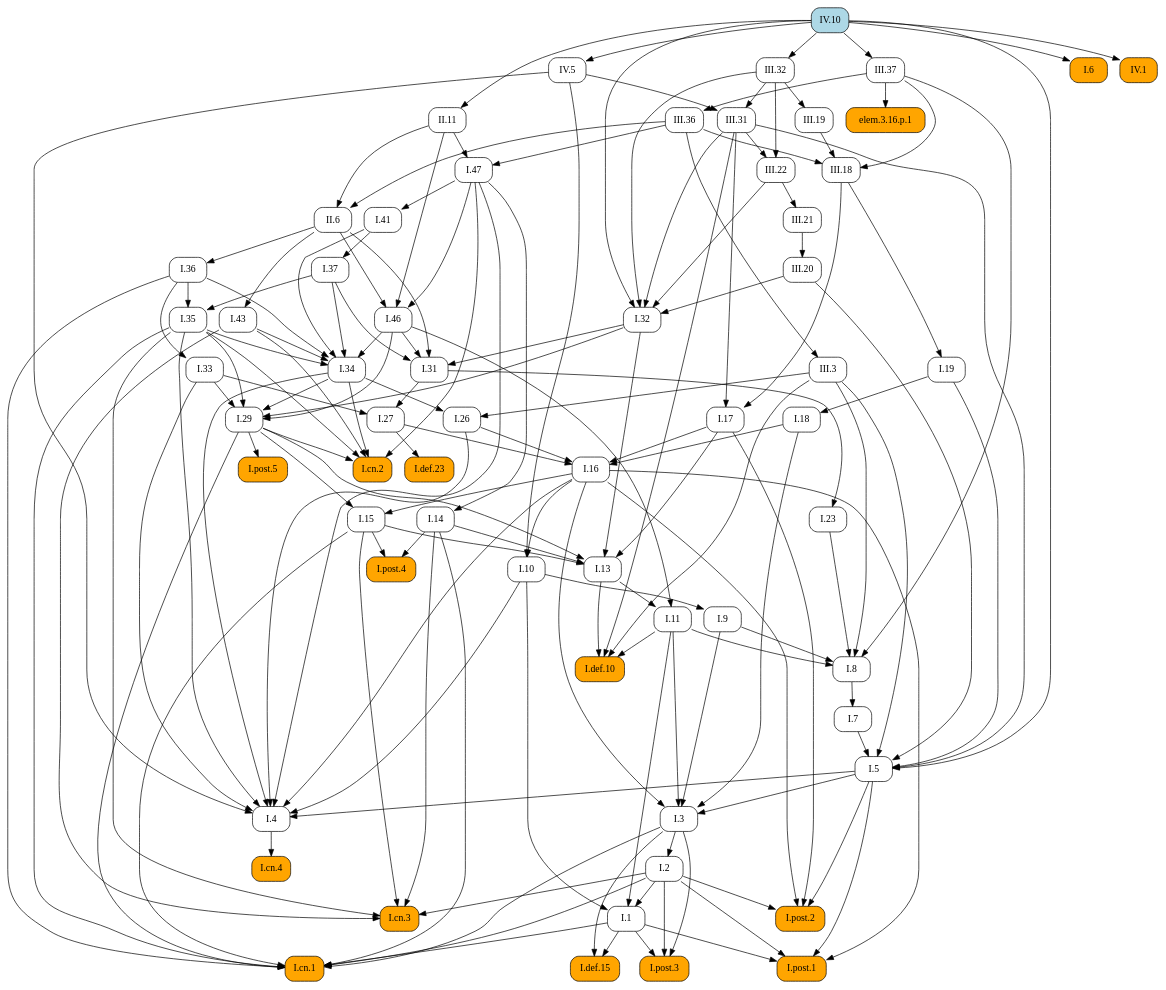
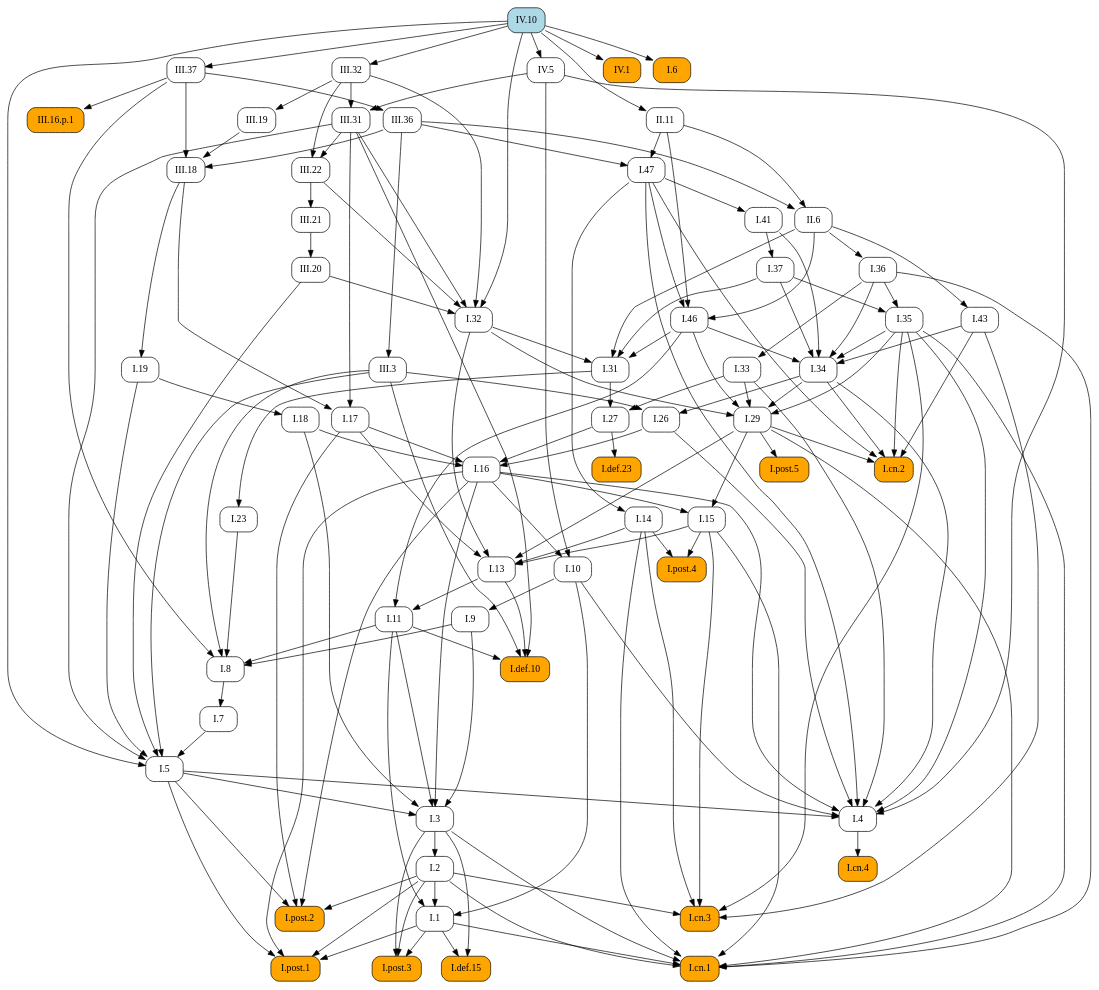
The diagram in docsrc/heath/IV/10/index.rst (geometor/elements), drawn with Graphviz before and after one commit. The commit also changed 484 other files, not shown here.

```diff
--- a/docsrc/heath/IV/10/index.rst
+++ b/docsrc/heath/IV/10/index.rst
@@ -76,103 +76,121 @@
    digraph {
      rankdir="TB";
      node [shape=box, style=rounded];
+     "I.23" [URL="/heath/I/23/", target="_top"];
+     "I.9" [URL="/heath/I/9/", target="_top"];
+     "I.33" [URL="/heath/I/33/", target="_top"];
+     "I.32" [URL="/heath/I/32/", target="_top"];
+     "III.16.p.1" [style="rounded,filled", fillcolor=orange];
+     "IV.1" [style="rounded,filled", fillcolor=orange, URL="/heath/IV/1/", target="_top"];
+     "I.def.15" [style="rounded,filled", fillcolor=orange, URL="/heath/I/def.15/", target="_top"];
+     "I.47" [URL="/heath/I/47/", target="_top"];
+     "II.6" [URL="/heath/II/6/", target="_top"];
+     "I.post.3" [style="rounded,filled", fillcolor=orange, URL="/heath/I/post.3/", target="_top"];
+     "I.post.1" [style="rounded,filled", fillcolor=orange, URL="/heath/I/post.1/", target="_top"];
+     "I.19" [URL="/heath/I/19/", target="_top"];
+     "III.20" [URL="/heath/III/20/", target="_top"];
+     "I.43" [URL="/heath/I/43/", target="_top"];
+     "III.19" [URL="/heath/III/19/", target="_top"];
+     "I.31" [URL="/heath/I/31/", target="_top"];
+     "III.22" [URL="/heath/III/22/", target="_top"];
      "I.def.10" [style="rounded,filled", fillcolor=orange, URL="/heath/I/def.10/", target="_top"];
+     "I.18" [URL="/heath/I/18/", target="_top"];
+     "I.27" [URL="/heath/I/27/", target="_top"];
+     "I.14" [URL="/heath/I/14/", target="_top"];
+     "I.34" [URL="/heath/I/34/", target="_top"];
+     "I.3" [URL="/heath/I/3/", target="_top"];
+     "I.35" [URL="/heath/I/35/", target="_top"];
+     "I.cn.1" [style="rounded,filled", fillcolor=orange, URL="/heath/I/cn.1/", target="_top"];
+     "III.18" [URL="/heath/III/18/", target="_top"];
+     "III.37" [URL="/heath/III/37/", target="_top"];
+     "I.7" [URL="/heath/I/7/", target="_top"];
+     "III.32" [URL="/heath/III/32/", target="_top"];
+     "I.2" [URL="/heath/I/2/", target="_top"];
+     "III.36" [URL="/heath/III/36/", target="_top"];
+     "I.36" [URL="/heath/I/36/", target="_top"];
+     "IV.10" [style="rounded,filled", fillcolor=lightblue, URL="/heath/IV/10/", target="_top"];
+     "I.13" [URL="/heath/I/13/", target="_top"];
+     "I.post.4" [style="rounded,filled", fillcolor=orange, URL="/heath/I/post.4/", target="_top"];
+     "I.4" [URL="/heath/I/4/", target="_top"];
+     "I.1" [URL="/heath/I/1/", target="_top"];
+     "I.5" [URL="/heath/I/5/", target="_top"];
+     "I.8" [URL="/heath/I/8/", target="_top"];
+     "I.17" [URL="/heath/I/17/", target="_top"];
+     "III.3" [URL="/heath/III/3/", target="_top"];
+     "I.37" [URL="/heath/I/37/", target="_top"];
+     "I.29" [URL="/heath/I/29/", target="_top"];
+     "I.cn.3" [style="rounded,filled", fillcolor=orange, URL="/heath/I/cn.3/", target="_top"];
+     "I.16" [URL="/heath/I/16/", target="_top"];
+     "III.31" [URL="/heath/III/31/", target="_top"];
+     "I.15" [URL="/heath/I/15/", target="_top"];
+     "I.10" [URL="/heath/I/10/", target="_top"];
+     "II.11" [URL="/heath/II/11/", target="_top"];
      "I.11" [URL="/heath/I/11/", target="_top"];
-     "I.post.4" [style="rounded,filled", fillcolor=orange, URL="/heath/I/post.4/", target="_top"];
-     "I.1" [URL="/heath/I/1/", target="_top"];
+     "I.def.23" [style="rounded,filled", fillcolor=orange, URL="/heath/I/def.23/", target="_top"];
+     "I.cn.2" [style="rounded,filled", fillcolor=orange, URL="/heath/I/cn.2/", target="_top"];
+     "I.post.5" [style="rounded,filled", fillcolor=orange, URL="/heath/I/post.5/", target="_top"];
+     "I.cn.4" [style="rounded,filled", fillcolor=orange, URL="/heath/I/cn.4/", target="_top"];
+     "IV.5" [URL="/heath/IV/5/", target="_top"];
+     "I.post.2" [style="rounded,filled", fillcolor=orange, URL="/heath/I/post.2/", target="_top"];
+     "I.41" [URL="/heath/I/41/", target="_top"];
+     "III.21" [URL="/heath/III/21/", target="_top"];
+     "I.46" [URL="/heath/I/46/", target="_top"];
      "I.26" [URL="/heath/I/26/", target="_top"];
-     "III.32" [URL="/heath/III/32/", target="_top"];
-     "I.29" [URL="/heath/I/29/", target="_top"];
-     "III.20" [URL="/heath/III/20/", target="_top"];
-     "III.19" [URL="/heath/III/19/", target="_top"];
-     "III.31" [URL="/heath/III/31/", target="_top"];
-     "I.cn.2" [style="rounded,filled", fillcolor=orange, URL="/heath/I/cn.2/", target="_top"];
-     "I.18" [URL="/heath/I/18/", target="_top"];
-     "I.47" [URL="/heath/I/47/", target="_top"];
-     "I.def.15" [style="rounded,filled", fillcolor=orange, URL="/heath/I/def.15/", target="_top"];
-     "I.post.3" [style="rounded,filled", fillcolor=orange, URL="/heath/I/post.3/", target="_top"];
-     "I.cn.1" [style="rounded,filled", fillcolor=orange, URL="/heath/I/cn.1/", target="_top"];
-     "I.cn.3" [style="rounded,filled", fillcolor=orange, URL="/heath/I/cn.3/", target="_top"];
-     "III.36" [URL="/heath/III/36/", target="_top"];
-     "I.14" [URL="/heath/I/14/", target="_top"];
-     "I.23" [URL="/heath/I/23/", target="_top"];
-     "IV.10" [style="rounded,filled", fillcolor=lightblue, URL="/heath/IV/10/", target="_top"];
-     "I.43" [URL="/heath/I/43/", target="_top"];
-     "elem.3.16.p.1" [style="rounded,filled", fillcolor=orange];
-     "I.post.1" [style="rounded,filled", fillcolor=orange, URL="/heath/I/post.1/", target="_top"];
-     "I.35" [URL="/heath/I/35/", target="_top"];
-     "I.41" [URL="/heath/I/41/", target="_top"];
-     "I.27" [URL="/heath/I/27/", target="_top"];
-     "I.46" [URL="/heath/I/46/", target="_top"];
-     "I.36" [URL="/heath/I/36/", target="_top"];
-     "I.7" [URL="/heath/I/7/", target="_top"];
      "I.6" [style="rounded,filled", fillcolor=orange, URL="/heath/I/6/", target="_top"];
-     "I.3" [URL="/heath/I/3/", target="_top"];
-     "I.34" [URL="/heath/I/34/", target="_top"];
-     "I.37" [URL="/heath/I/37/", target="_top"];
-     "I.2" [URL="/heath/I/2/", target="_top"];
-     "I.4" [URL="/heath/I/4/", target="_top"];
-     "I.def.23" [style="rounded,filled", fillcolor=orange, URL="/heath/I/def.23/", target="_top"];
-     "II.6" [URL="/heath/II/6/", target="_top"];
-     "I.13" [URL="/heath/I/13/", target="_top"];
-     "IV.1" [style="rounded,filled", fillcolor=orange, URL="/heath/IV/1/", target="_top"];
-     "I.17" [URL="/heath/I/17/", target="_top"];
-     "I.33" [URL="/heath/I/33/", target="_top"];
-     "I.post.2" [style="rounded,filled", fillcolor=orange, URL="/heath/I/post.2/", target="_top"];
-     "I.31" [URL="/heath/I/31/", target="_top"];
-     "I.16" [URL="/heath/I/16/", target="_top"];
-     "II.11" [URL="/heath/II/11/", target="_top"];
-     "IV.5" [URL="/heath/IV/5/", target="_top"];
-     "I.19" [URL="/heath/I/19/", target="_top"];
-     "III.3" [URL="/heath/III/3/", target="_top"];
-     "I.9" [URL="/heath/I/9/", target="_top"];
-     "I.32" [URL="/heath/I/32/", target="_top"];
-     "III.37" [URL="/heath/III/37/", target="_top"];
-     "I.8" [URL="/heath/I/8/", target="_top"];
-     "I.cn.4" [style="rounded,filled", fillcolor=orange, URL="/heath/I/cn.4/", target="_top"];
-     "I.15" [URL="/heath/I/15/", target="_top"];
-     "III.21" [URL="/heath/III/21/", target="_top"];
-     "III.22" [URL="/heath/III/22/", target="_top"];
-     "I.post.5" [style="rounded,filled", fillcolor=orange, URL="/heath/I/post.5/", target="_top"];
-     "I.10" [URL="/heath/I/10/", target="_top"];
-     "III.18" [URL="/heath/III/18/", target="_top"];
-     "I.5" [URL="/heath/I/5/", target="_top"];
+     "I.31" -> "I.23";
+     "I.10" -> "I.9";
+     "I.36" -> "I.33";
+     "III.20" -> "I.32";
+     "III.22" -> "I.32";
+     "III.31" -> "I.32";
+     "III.32" -> "I.32";
+     "IV.10" -> "I.32";
+     "III.37" -> "III.16.p.1";
+     "IV.10" -> "IV.1";
+     "I.1" -> "I.def.15";
+     "I.3" -> "I.def.15";
+     "II.11" -> "I.47";
+     "III.36" -> "I.47";
+     "II.11" -> "II.6";
+     "III.36" -> "II.6";
+     "I.1" -> "I.post.3";
+     "I.2" -> "I.post.3";
+     "I.3" -> "I.post.3";
+     "I.1" -> "I.post.1";
+     "I.2" -> "I.post.1";
+     "I.5" -> "I.post.1";
+     "I.16" -> "I.post.1";
+     "III.18" -> "I.19";
+     "III.21" -> "III.20";
+     "II.6" -> "I.43";
+     "III.32" -> "III.19";
+     "I.32" -> "I.31";
+     "I.37" -> "I.31";
+     "I.46" -> "I.31";
+     "II.6" -> "I.31";
+     "III.31" -> "III.22";
+     "III.32" -> "III.22";
      "I.11" -> "I.def.10";
      "I.13" -> "I.def.10";
      "III.3" -> "I.def.10";
      "III.31" -> "I.def.10";
-     "I.13" -> "I.11";
-     "I.46" -> "I.11";
-     "I.14" -> "I.post.4";
-     "I.15" -> "I.post.4";
-     "I.2" -> "I.1";
-     "I.10" -> "I.1";
-     "I.11" -> "I.1";
-     "I.34" -> "I.26";
-     "III.3" -> "I.26";
-     "IV.10" -> "III.32";
-     "I.32" -> "I.29";
-     "I.33" -> "I.29";
-     "I.34" -> "I.29";
-     "I.35" -> "I.29";
-     "I.46" -> "I.29";
-     "III.21" -> "III.20";
-     "III.32" -> "III.19";
-     "III.32" -> "III.31";
-     "IV.5" -> "III.31";
-     "I.29" -> "I.cn.2";
-     "I.34" -> "I.cn.2";
-     "I.35" -> "I.cn.2";
-     "I.43" -> "I.cn.2";
-     "I.47" -> "I.cn.2";
      "I.19" -> "I.18";
-     "II.11" -> "I.47";
-     "III.36" -> "I.47";
-     "I.1" -> "I.def.15";
-     "I.3" -> "I.def.15";
-     "I.1" -> "I.post.3";
-     "I.2" -> "I.post.3";
-     "I.3" -> "I.post.3";
+     "I.31" -> "I.27";
+     "I.33" -> "I.27";
+     "I.47" -> "I.14";
+     "I.35" -> "I.34";
+     "I.36" -> "I.34";
+     "I.37" -> "I.34";
+     "I.41" -> "I.34";
+     "I.43" -> "I.34";
+     "I.46" -> "I.34";
+     "I.5" -> "I.3";
+     "I.9" -> "I.3";
+     "I.11" -> "I.3";
+     "I.16" -> "I.3";
+     "I.18" -> "I.3";
+     "I.36" -> "I.35";
+     "I.37" -> "I.35";
      "I.1" -> "I.cn.1";
      "I.2" -> "I.cn.1";
      "I.3" -> "I.cn.1";
@@ -181,44 +199,22 @@
      "I.29" -> "I.cn.1";
      "I.35" -> "I.cn.1";
      "I.36" -> "I.cn.1";
-     "I.2" -> "I.cn.3";
-     "I.14" -> "I.cn.3";
-     "I.15" -> "I.cn.3";
-     "I.35" -> "I.cn.3";
-     "I.43" -> "I.cn.3";
+     "III.19" -> "III.18";
+     "III.36" -> "III.18";
+     "III.37" -> "III.18";
+     "IV.10" -> "III.37";
+     "I.8" -> "I.7";
+     "IV.10" -> "III.32";
+     "I.3" -> "I.2";
      "III.37" -> "III.36";
-     "I.47" -> "I.14";
-     "I.31" -> "I.23";
-     "II.6" -> "I.43";
-     "III.37" -> "elem.3.16.p.1";
-     "I.1" -> "I.post.1";
-     "I.2" -> "I.post.1";
-     "I.5" -> "I.post.1";
-     "I.16" -> "I.post.1";
-     "I.36" -> "I.35";
-     "I.37" -> "I.35";
-     "I.47" -> "I.41";
-     "I.31" -> "I.27";
-     "I.33" -> "I.27";
-     "I.47" -> "I.46";
-     "II.6" -> "I.46";
-     "II.11" -> "I.46";
      "II.6" -> "I.36";
-     "I.8" -> "I.7";
-     "IV.10" -> "I.6";
-     "I.5" -> "I.3";
-     "I.9" -> "I.3";
-     "I.11" -> "I.3";
-     "I.16" -> "I.3";
-     "I.18" -> "I.3";
-     "I.35" -> "I.34";
-     "I.36" -> "I.34";
-     "I.37" -> "I.34";
-     "I.41" -> "I.34";
-     "I.43" -> "I.34";
-     "I.46" -> "I.34";
-     "I.41" -> "I.37";
-     "I.3" -> "I.2";
+     "I.14" -> "I.13";
+     "I.15" -> "I.13";
+     "I.17" -> "I.13";
+     "I.29" -> "I.13";
+     "I.32" -> "I.13";
+     "I.14" -> "I.post.4";
+     "I.15" -> "I.post.4";
      "I.5" -> "I.4";
      "I.10" -> "I.4";
      "I.16" -> "I.4";
@@ -228,62 +224,66 @@
      "I.35" -> "I.4";
      "I.47" -> "I.4";
      "IV.5" -> "I.4";
-     "I.27" -> "I.def.23";
-     "II.11" -> "II.6";
-     "III.36" -> "II.6";
-     "I.14" -> "I.13";
-     "I.15" -> "I.13";
-     "I.17" -> "I.13";
-     "I.29" -> "I.13";
-     "I.32" -> "I.13";
-     "IV.10" -> "IV.1";
-     "III.18" -> "I.17";
-     "III.31" -> "I.17";
-     "I.36" -> "I.33";
-     "I.2" -> "I.post.2";
-     "I.5" -> "I.post.2";
-     "I.16" -> "I.post.2";
-     "I.17" -> "I.post.2";
-     "I.32" -> "I.31";
-     "I.37" -> "I.31";
-     "I.46" -> "I.31";
-     "II.6" -> "I.31";
-     "I.17" -> "I.16";
-     "I.18" -> "I.16";
-     "I.26" -> "I.16";
-     "I.27" -> "I.16";
-     "IV.10" -> "II.11";
-     "IV.10" -> "IV.5";
-     "III.18" -> "I.19";
-     "III.36" -> "III.3";
-     "I.10" -> "I.9";
-     "III.20" -> "I.32";
-     "III.22" -> "I.32";
-     "III.31" -> "I.32";
-     "III.32" -> "I.32";
-     "IV.10" -> "I.32";
-     "IV.10" -> "III.37";
-     "I.9" -> "I.8";
-     "I.11" -> "I.8";
-     "I.23" -> "I.8";
-     "III.3" -> "I.8";
-     "III.37" -> "I.8";
-     "I.4" -> "I.cn.4";
-     "I.16" -> "I.15";
-     "I.29" -> "I.15";
-     "III.22" -> "III.21";
-     "III.31" -> "III.22";
-     "III.32" -> "III.22";
-     "I.29" -> "I.post.5";
-     "I.16" -> "I.10";
-     "IV.5" -> "I.10";
-     "III.19" -> "III.18";
-     "III.36" -> "III.18";
-     "III.37" -> "III.18";
+     "I.2" -> "I.1";
+     "I.10" -> "I.1";
+     "I.11" -> "I.1";
      "I.7" -> "I.5";
      "I.19" -> "I.5";
      "III.3" -> "I.5";
      "III.20" -> "I.5";
      "III.31" -> "I.5";
      "IV.10" -> "I.5";
+     "I.9" -> "I.8";
+     "I.11" -> "I.8";
+     "I.23" -> "I.8";
+     "III.3" -> "I.8";
+     "III.37" -> "I.8";
+     "III.18" -> "I.17";
+     "III.31" -> "I.17";
+     "III.36" -> "III.3";
+     "I.41" -> "I.37";
+     "I.32" -> "I.29";
+     "I.33" -> "I.29";
+     "I.34" -> "I.29";
+     "I.35" -> "I.29";
+     "I.46" -> "I.29";
+     "I.2" -> "I.cn.3";
+     "I.14" -> "I.cn.3";
+     "I.15" -> "I.cn.3";
+     "I.35" -> "I.cn.3";
+     "I.43" -> "I.cn.3";
+     "I.17" -> "I.16";
+     "I.18" -> "I.16";
+     "I.26" -> "I.16";
+     "I.27" -> "I.16";
+     "III.32" -> "III.31";
+     "IV.5" -> "III.31";
+     "I.16" -> "I.15";
+     "I.29" -> "I.15";
+     "I.16" -> "I.10";
+     "IV.5" -> "I.10";
+     "IV.10" -> "II.11";
+     "I.13" -> "I.11";
+     "I.46" -> "I.11";
+     "I.27" -> "I.def.23";
+     "I.29" -> "I.cn.2";
+     "I.34" -> "I.cn.2";
+     "I.35" -> "I.cn.2";
+     "I.43" -> "I.cn.2";
+     "I.47" -> "I.cn.2";
+     "I.29" -> "I.post.5";
+     "I.4" -> "I.cn.4";
+     "IV.10" -> "IV.5";
+     "I.2" -> "I.post.2";
+     "I.5" -> "I.post.2";
+     "I.16" -> "I.post.2";
+     "I.17" -> "I.post.2";
+     "I.47" -> "I.41";
+     "III.22" -> "III.21";
+     "I.47" -> "I.46";
+     "II.6" -> "I.46";
+     "II.11" -> "I.46";
+     "I.34" -> "I.26";
+     "III.3" -> "I.26";
+     "IV.10" -> "I.6";
    }
```
